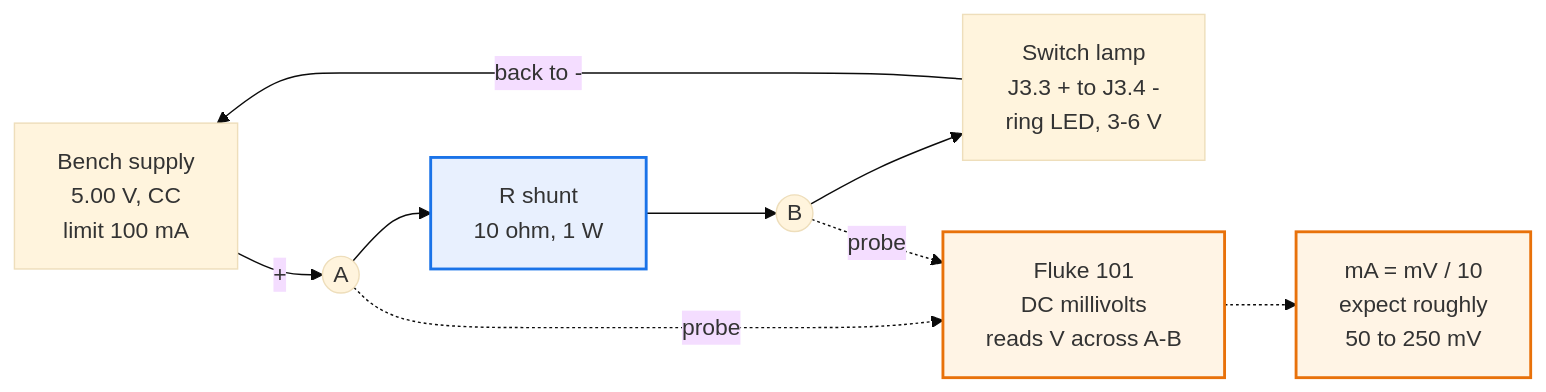
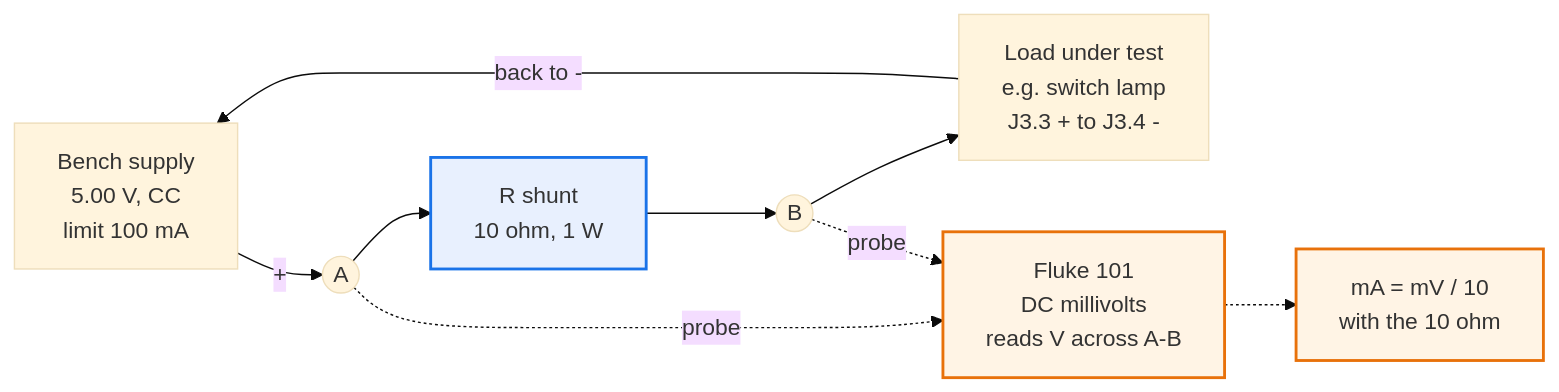
One commit to ideocentric/caryatid changed the diagram in docs/bringup.md. Above: the diagram before and after it, drawn with Mermaid (base theme). The commit also changed other lines of this file and 5 other files, not shown here.

````diff
--- a/docs/bringup.md
+++ b/docs/bringup.md
@@ -80,25 +101,25 @@
 ```mermaid
 flowchart LR
     PSU["Bench supply<br/>5.00 V, CC<br/>limit 100 mA"]
     A(("A"))
     RS["R shunt<br/>10 ohm, 1 W"]
     B(("B"))
-    LAMP["Switch lamp<br/>J3.3 + to J3.4 -<br/>ring LED, 3-6 V"]
+    LOAD["Load under test<br/>e.g. switch lamp<br/>J3.3 + to J3.4 -"]
     DMM["Fluke 101<br/>DC millivolts<br/>reads V across A-B"]
-    CALC["mA = mV / 10<br/>expect roughly<br/>50 to 250 mV"]
+    CALC["mA = mV / 10<br/>with the 10 ohm"]
 
     PSU -->|"+"| A
     A --> RS
     RS --> B
-    B --> LAMP
-    LAMP -->|"back to -"| PSU
+    B --> LOAD
+    LOAD -->|"back to -"| PSU
 
     A -.->|"probe"| DMM
     B -.->|"probe"| DMM
     DMM -.-> CALC
 
     classDef meter fill:#fff4e5,stroke:#e8710a,stroke-width:2px
     classDef sense fill:#e8f0fe,stroke:#1a73e8,stroke-width:2px
     class DMM,CALC meter
     class RS sense
 ```
````
